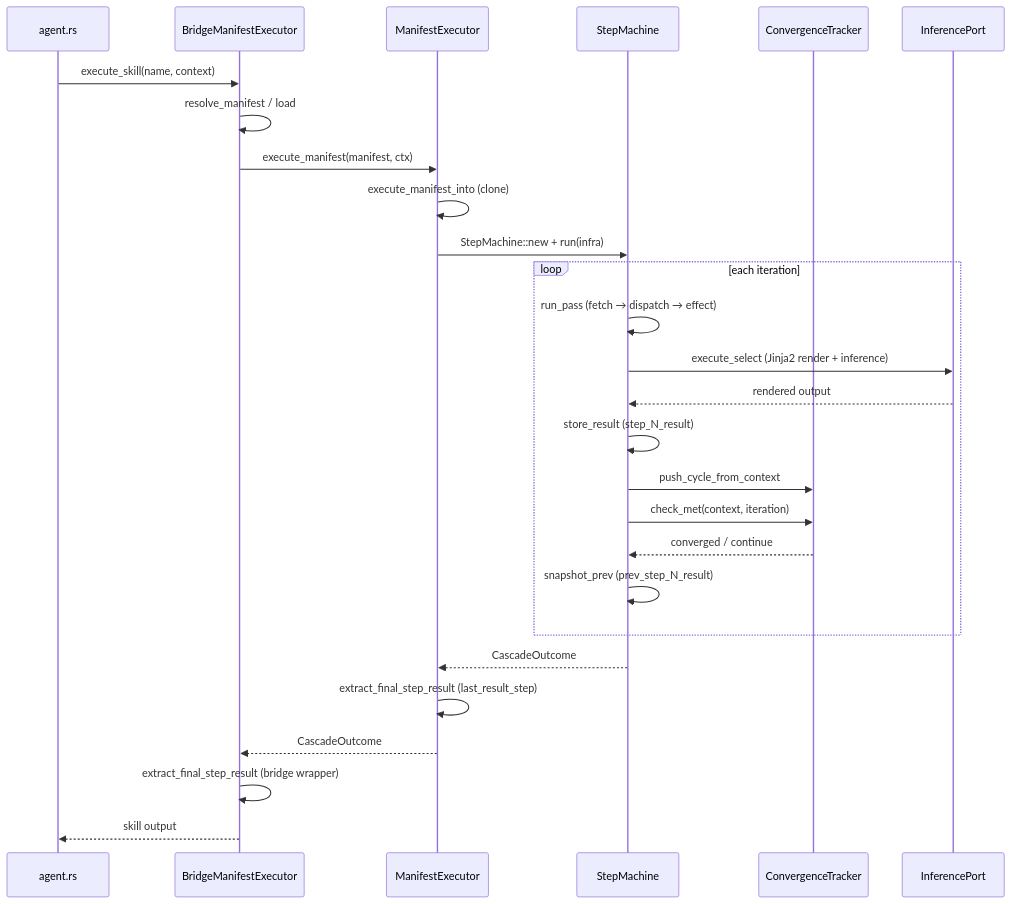
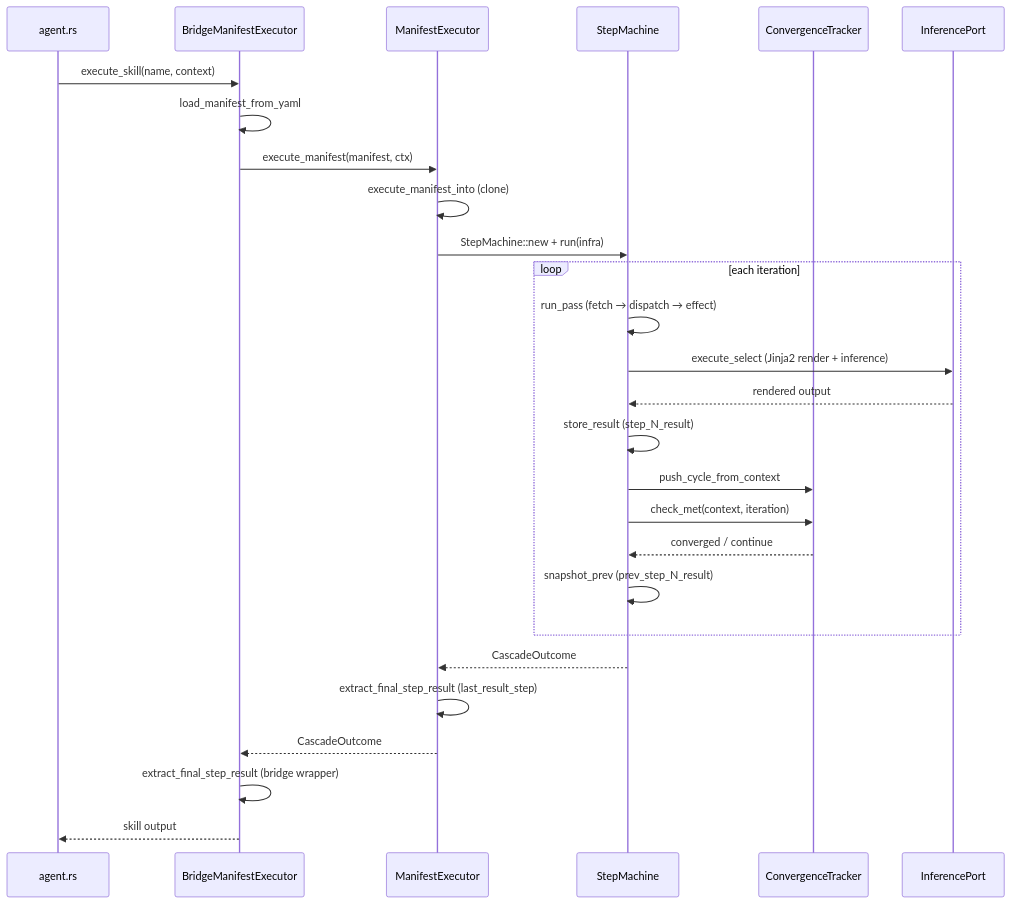
Before and after one commit to mdz-axo/zed-kask: the first of 2 diagrams in kask/docs/diataxis/hkask-templates/explanation.md, drawn with Mermaid. The commit also changed other lines of this file and 100 other files, not shown here.

First line of the commit message:
Remove dead SkillLoader and simplify sankey-flow

````diff
--- a/kask/docs/diataxis/hkask-templates/explanation.md
+++ b/kask/docs/diataxis/hkask-templates/explanation.md
@@ -61,30 +60,30 @@
 ```mermaid
 sequenceDiagram
     participant Agent as agent.rs
     participant Bridge as BridgeManifestExecutor
     participant Exec as ManifestExecutor
     participant Machine as StepMachine
     participant Conv as ConvergenceTracker
     participant Infer as InferencePort
 
     Agent->>Bridge: execute_skill(name, context)
-    Bridge->>Bridge: resolve_manifest / load
+    Bridge->>Bridge: load_manifest_from_yaml
     Bridge->>Exec: execute_manifest(manifest, ctx)
     Exec->>Exec: execute_manifest_into (clone)
     Exec->>Machine: StepMachine::new + run(infra)
     loop each iteration
         Machine->>Machine: run_pass (fetch → dispatch → effect)
         Machine->>Infer: execute_select (Jinja2 render + inference)
         Infer-->>Machine: rendered output
         Machine->>Machine: store_result (step_N_result)
         Machine->>Conv: push_cycle_from_context
         Machine->>Conv: check_met(context, iteration)
         Conv-->>Machine: converged / continue
         Machine->>Machine: snapshot_prev (prev_step_N_result)
     end
     Machine-->>Exec: CascadeOutcome
     Exec->>Exec: extract_final_step_result (last_result_step)
     Exec-->>Bridge: CascadeOutcome
     Bridge->>Bridge: extract_final_step_result (bridge wrapper)
     Bridge-->>Agent: skill output
 ```
````
